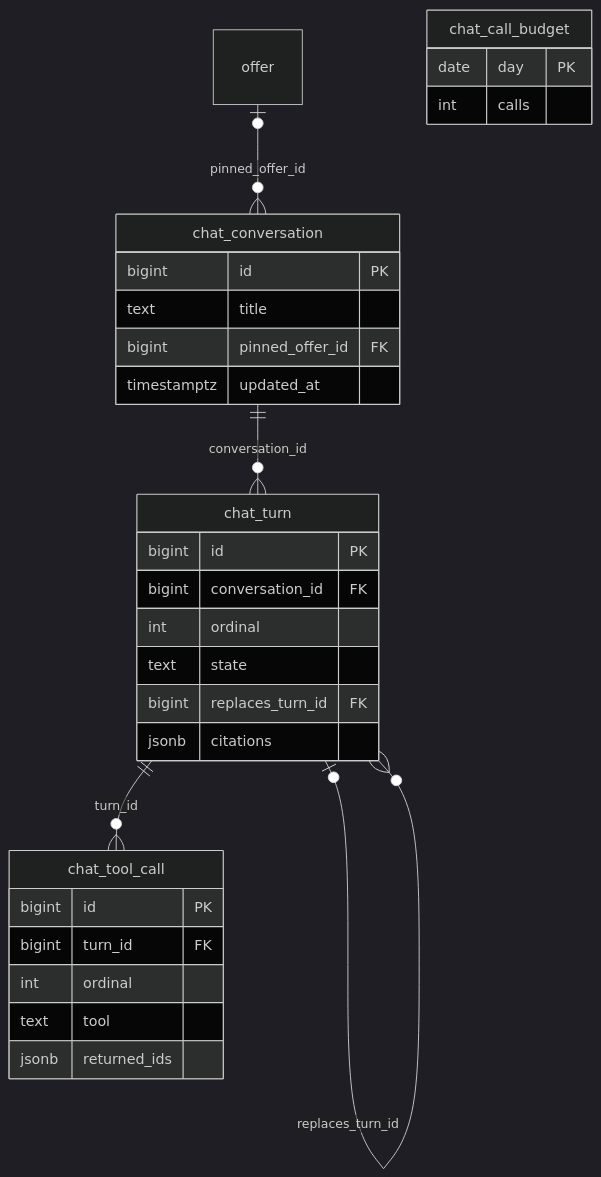
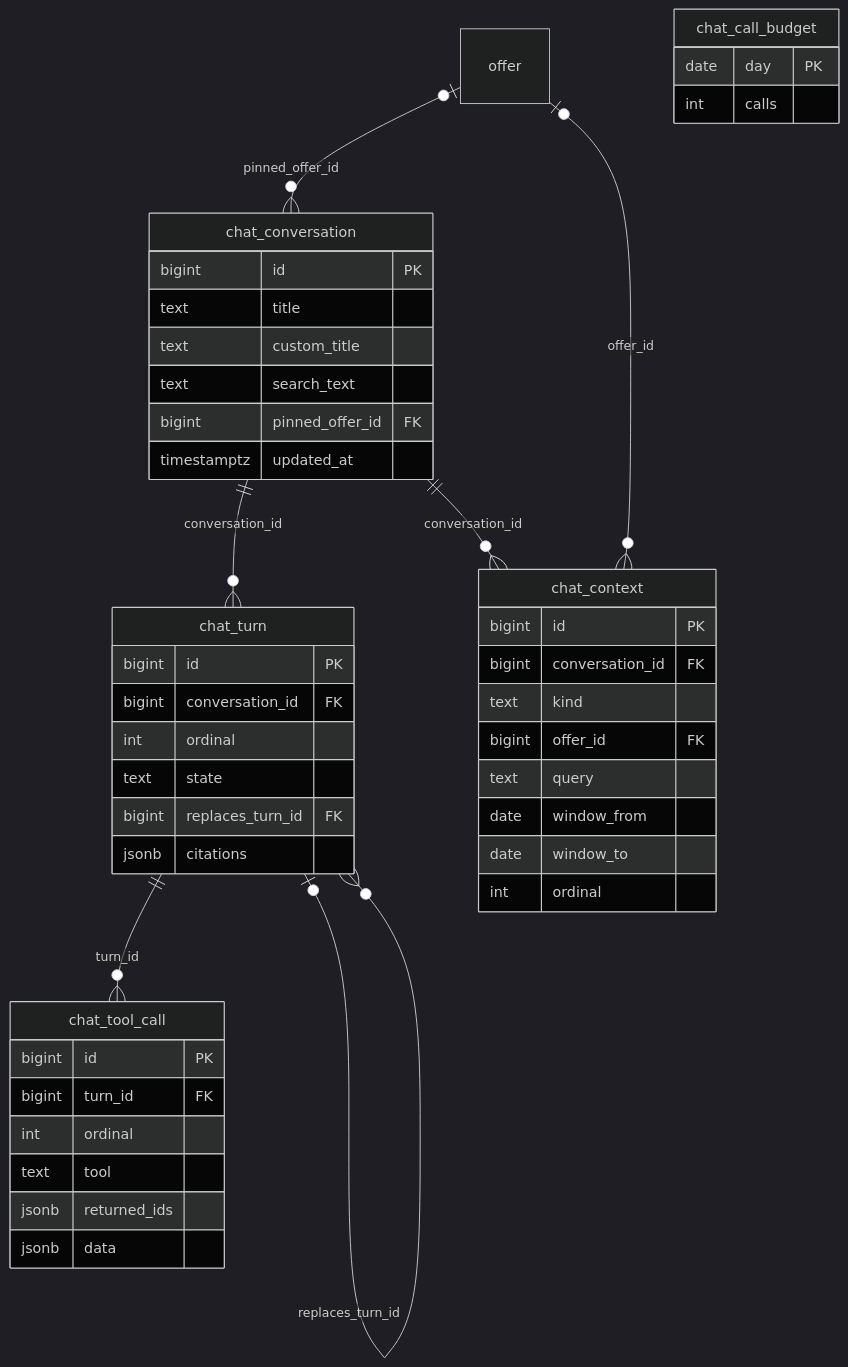
The second of 2 diagrams in docs/DATA-MODEL.md (codeministry/leadgen), drawn with Mermaid (dark theme) before and after one commit. The commit also changed other lines of this file and 151 other files, not shown here.

````diff
--- a/docs/DATA-MODEL.md
+++ b/docs/DATA-MODEL.md
@@ -393,32 +393,47 @@
 ```mermaid
 erDiagram
     chat_conversation ||--o{ chat_turn : "conversation_id"
     chat_turn ||--o{ chat_tool_call : "turn_id"
     chat_turn o|--o{ chat_turn : "replaces_turn_id"
+    chat_conversation ||--o{ chat_context : "conversation_id"
     offer |o--o{ chat_conversation : "pinned_offer_id"
+    offer |o--o{ chat_context : "offer_id"
     chat_conversation {
         bigint id PK
         text title
+        text custom_title
+        text search_text
         bigint pinned_offer_id FK
         timestamptz updated_at
+    }
+    chat_context {
+        bigint id PK
+        bigint conversation_id FK
+        text kind
+        bigint offer_id FK
+        text query
+        date window_from
+        date window_to
+        int ordinal
     }
     chat_turn {
         bigint id PK
         bigint conversation_id FK
         int ordinal
         text state
         bigint replaces_turn_id FK
         jsonb citations
     }
     chat_tool_call {
         bigint id PK
         bigint turn_id FK
         int ordinal
         text tool
         jsonb returned_ids
+        jsonb data
     }
     chat_call_budget {
         date day PK
         int calls
     }
 ```
````
